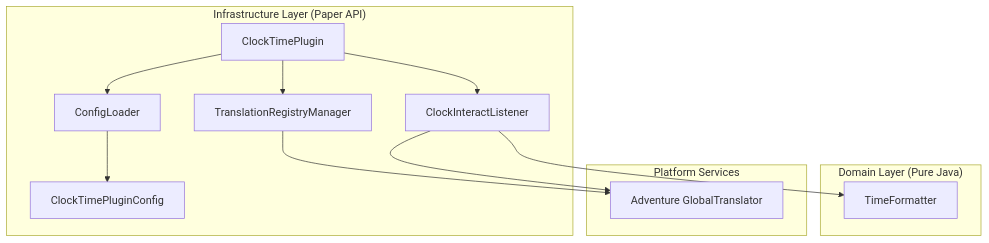
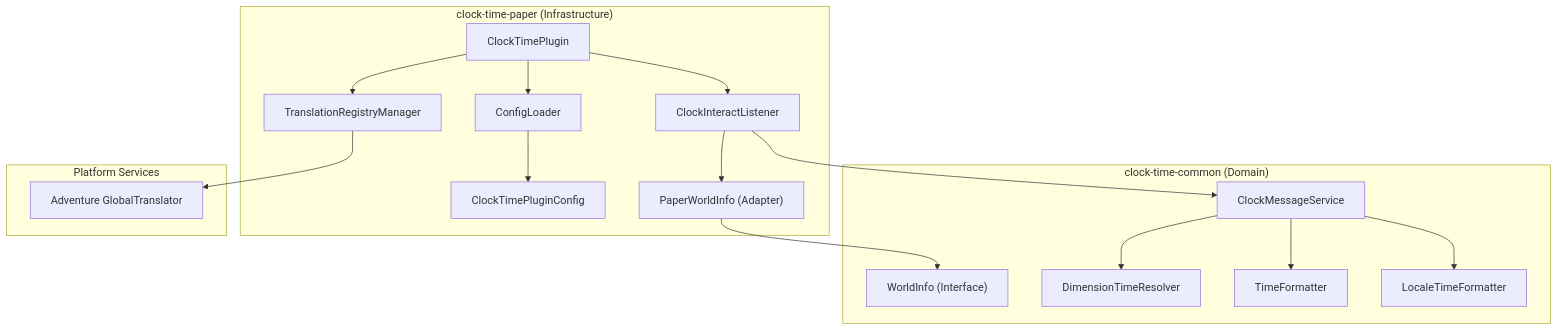
One commit to beduality/clock-gui changed the first of 2 diagrams in docs/developers/explanation/architecture.md. Above: the diagram before and after it, drawn with Mermaid. The commit also changed other lines of this file and 42 other files, not shown here.

Commit message:
refactor: migrate to a multi-module project structure by splitting code into common and paper modules

````diff
--- a/docs/developers/explanation/architecture.md
+++ b/docs/developers/explanation/architecture.md
@@ -7,26 +7,35 @@
 ```mermaid
 graph TD
-    subgraph infra["Infrastructure Layer (Paper API)"]
+    subgraph paper["clock-time-paper (Infrastructure)"]
         Plugin["ClockTimePlugin"]
         Config["ConfigLoader"]
         Translations["TranslationRegistryManager"]
         Listener["ClockInteractListener"]
         ClockTimePluginConfig["ClockTimePluginConfig"]
+        PaperWorldInfo["PaperWorldInfo (Adapter)"]
     end
 
-    subgraph domain["Domain Layer (Pure Java)"]
+    subgraph common["clock-time-common (Domain)"]
+        WorldInfo["WorldInfo (Interface)"]
+        ClockMessage["ClockMessageService"]
+        Resolver["DimensionTimeResolver"]
         Formatter["TimeFormatter"]
+        LocaleFormatter["LocaleTimeFormatter"]
     end
 
     subgraph platform["Platform Services"]
         Adventure["Adventure GlobalTranslator"]
     end
 
     Plugin --> Config
     Plugin --> Translations
     Plugin --> Listener
     Config --> ClockTimePluginConfig
     Translations --> Adventure
-    Listener --> Formatter
-    Listener --> Adventure
+    Listener --> ClockMessage
+    Listener --> PaperWorldInfo
+    PaperWorldInfo --> WorldInfo
+    ClockMessage --> Resolver
+    ClockMessage --> Formatter
+    ClockMessage --> LocaleFormatter
 ```
````
